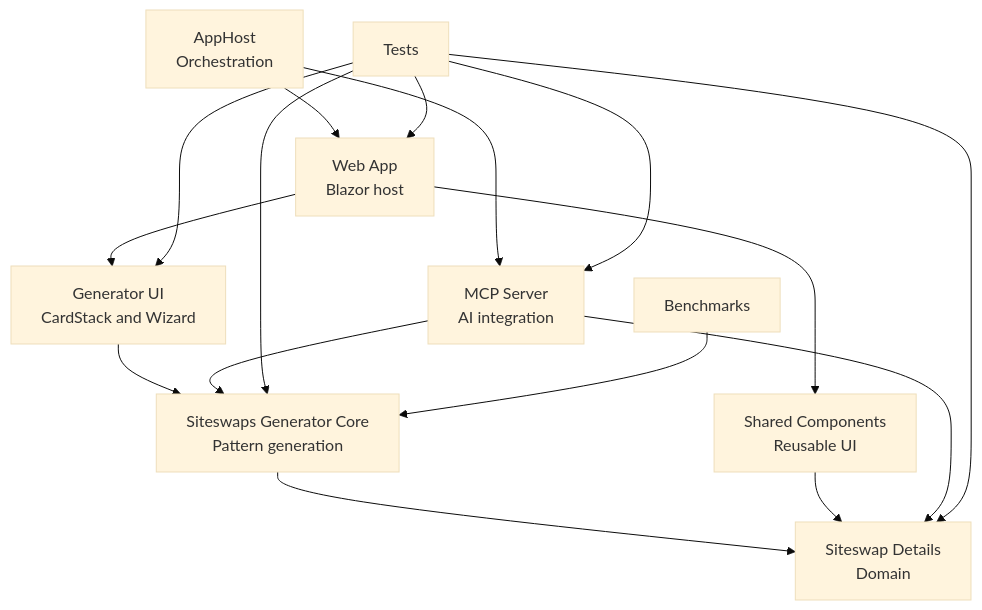
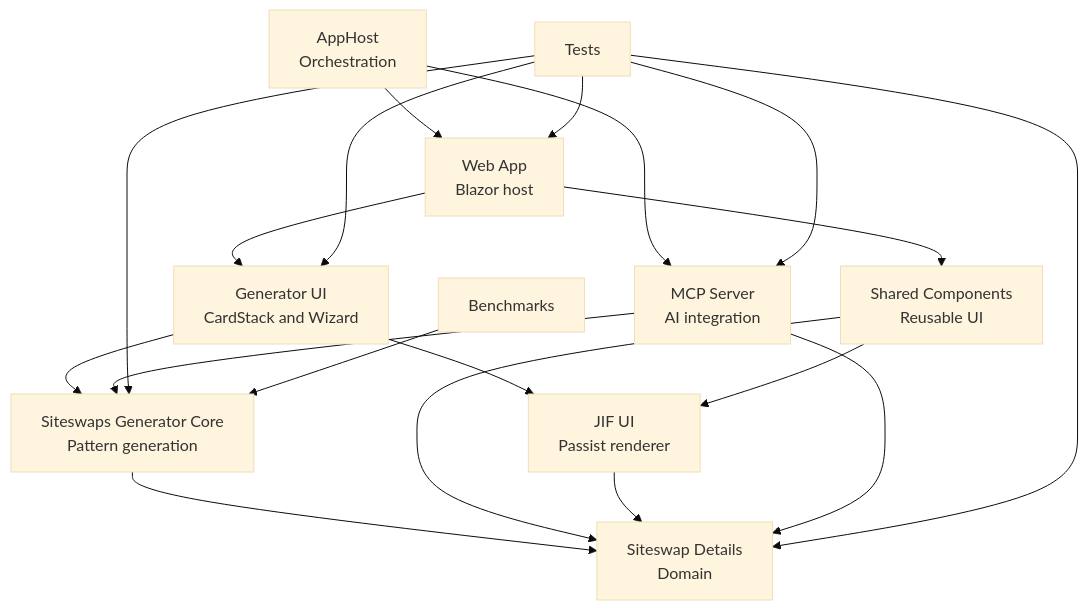
Before and after one commit to Sopor10/Juggling: the diagram in README.md, drawn with Mermaid (base theme). The commit also changed 21 other files, not shown here.

Commit message:
feat: add shared Passist JIF animation support

````diff
--- a/README.md
+++ b/README.md
@@ -10,28 +10,32 @@
 ```mermaid
 flowchart TD
     Domain["Siteswap Details<br/>Domain"]
     GeneratorCore["Siteswaps Generator Core<br/>Pattern generation"]
     GeneratorUI["Generator UI<br/>CardStack and Wizard"]
     SharedComponents["Shared Components<br/>Reusable UI"]
+    JifUI["JIF UI<br/>Passist renderer"]
     Mcp["MCP Server<br/>AI integration"]
     Web["Web App<br/>Blazor host"]
     Hosting["AppHost<br/>Orchestration"]
     Tests["Tests"]
     Benchmarks["Benchmarks"]
 
     GeneratorCore --> Domain
     GeneratorUI --> GeneratorCore
+    GeneratorUI --> JifUI
     SharedComponents --> Domain
+    SharedComponents --> JifUI
+    JifUI --> Domain
     Mcp --> GeneratorCore
     Mcp --> Domain
     Web --> GeneratorUI
     Web --> SharedComponents
     Hosting --> Web
     Hosting --> Mcp
     Tests --> Domain
     Tests --> GeneratorCore
     Tests --> GeneratorUI
     Tests --> Mcp
     Tests --> Web
     Benchmarks --> GeneratorCore
 ```
````
